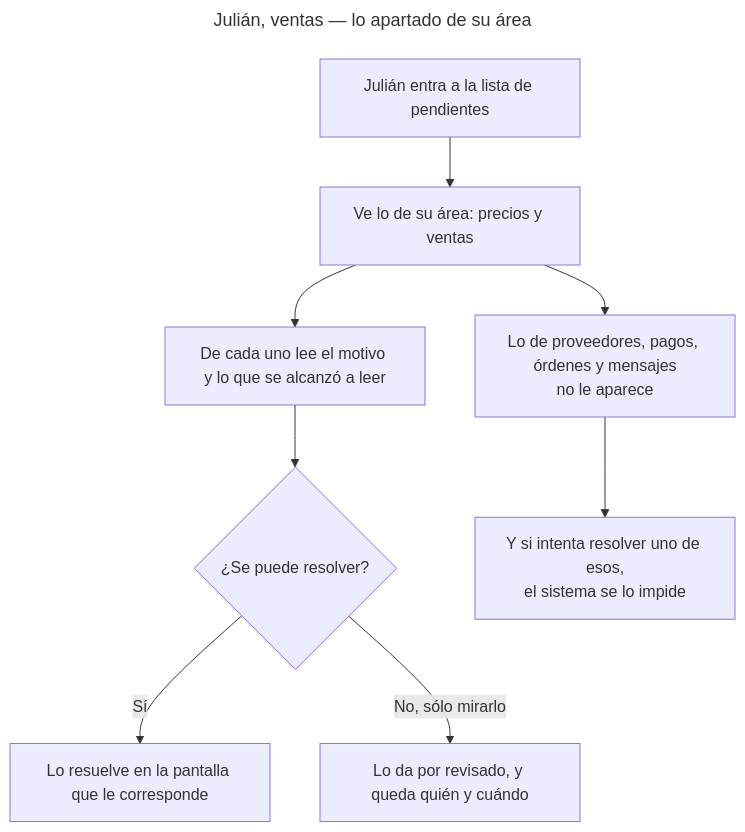
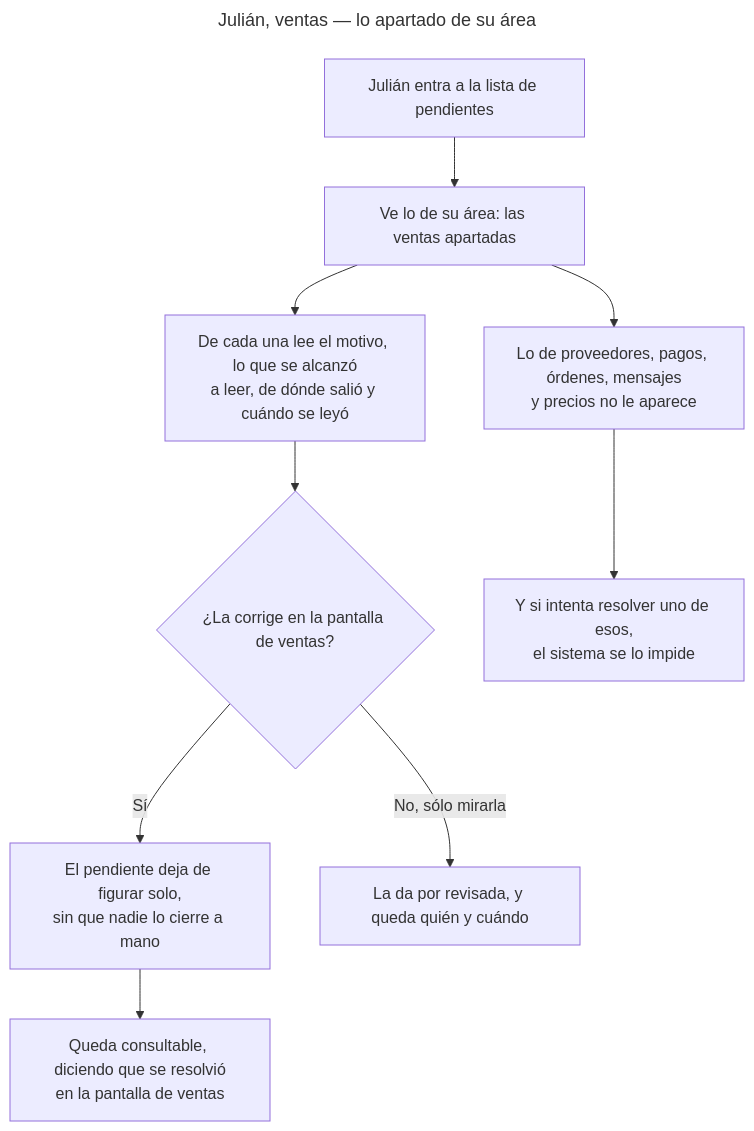
Before and after one commit to leandrocarriego/prueba-tecnica-fde-archytas: the fourth of 6 diagrams in docs/specs/011-set-aside-visibility/diagrams/README.md, drawn with Mermaid. The commit also changed other lines of this file and 114 other files, not shown here.

````diff
--- a/docs/specs/011-set-aside-visibility/diagrams/README.md
+++ b/docs/specs/011-set-aside-visibility/diagrams/README.md
@@ -95,13 +96,14 @@
 ```mermaid
 ---
 title: Julián, ventas — lo apartado de su área
 ---
 flowchart TD
-    A["Julián entra a la lista de pendientes"] --> B["Ve lo de su área: precios y ventas"]
-    B --> C["De cada uno lee el motivo y lo que se alcanzó a leer"]
-    C --> D{"¿Se puede resolver?"}
-    D -->|Sí| E["Lo resuelve en la pantalla que le corresponde"]
-    D -->|No, sólo mirarlo| F["Lo da por revisado, y queda quién y cuándo"]
-    B --> G["Lo de proveedores, pagos, órdenes y mensajes<br/>no le aparece"]
-    G --> H["Y si intenta resolver uno de esos,<br/>el sistema se lo impide"]
+    A["Julián entra a la lista de pendientes"] --> B["Ve lo de su área: las ventas apartadas"]
+    B --> C["De cada una lee el motivo, lo que se alcanzó<br/>a leer, de dónde salió y cuándo se leyó"]
+    C --> D{"¿La corrige en la pantalla de ventas?"}
+    D -->|Sí| E["El pendiente deja de figurar solo,<br/>sin que nadie lo cierre a mano"]
+    D -->|"No, sólo mirarla"| F["La da por revisada, y queda quién y cuándo"]
+    E --> G["Queda consultable, diciendo que se resolvió<br/>en la pantalla de ventas"]
+    B --> H["Lo de proveedores, pagos, órdenes, mensajes<br/>y precios no le aparece"]
+    H --> I["Y si intenta resolver uno de esos,<br/>el sistema se lo impide"]
 ```
````
